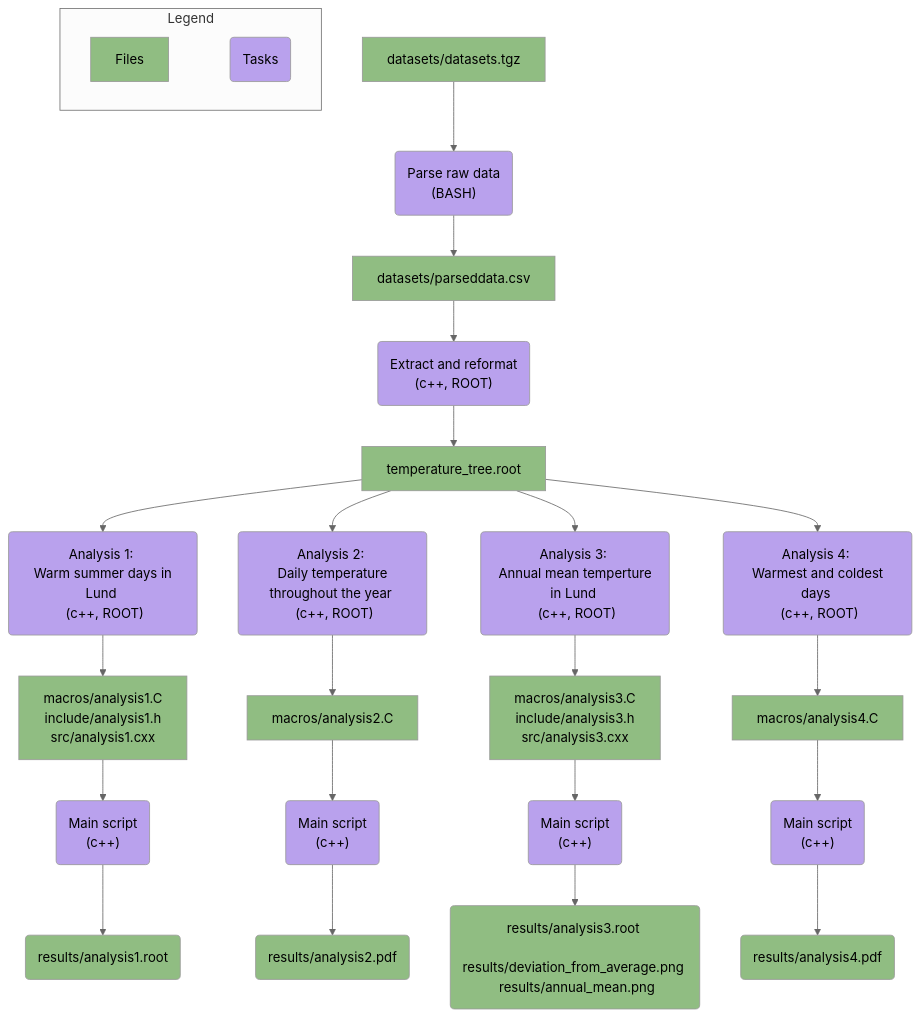
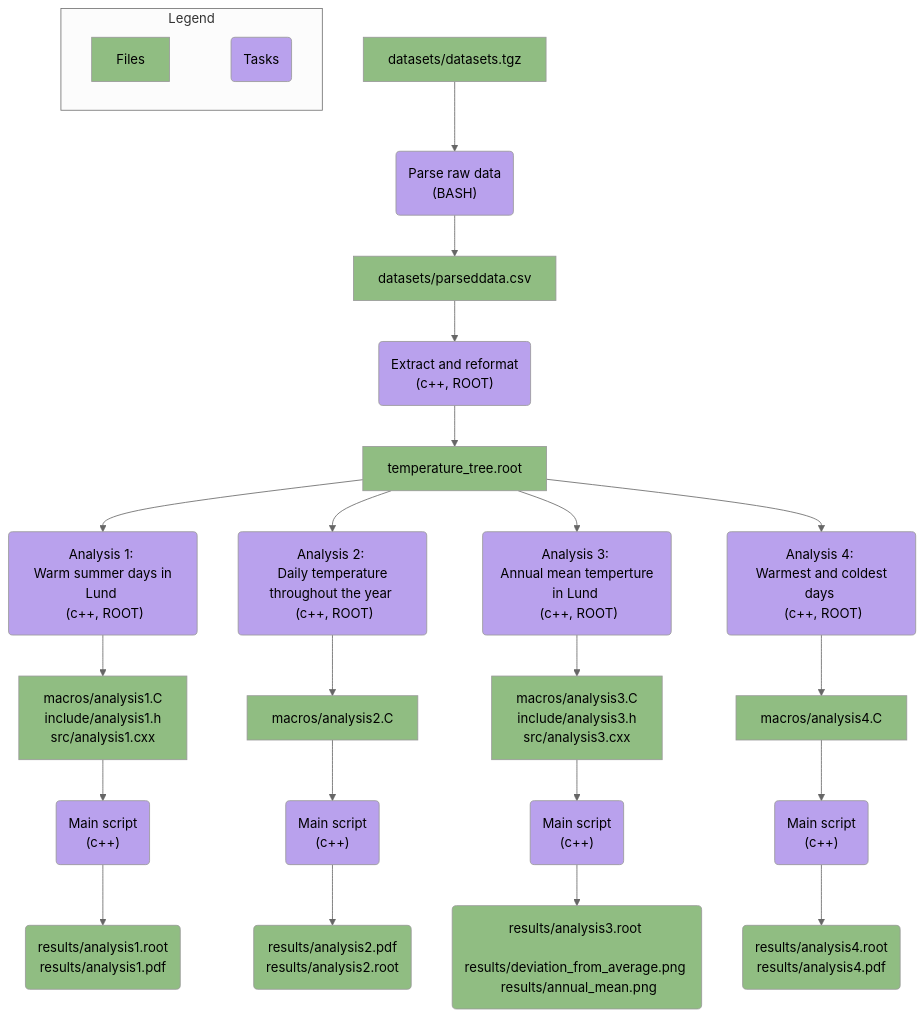
The diagram in Workplan.md (jo6312jo-s-byte/MNXB11-Project), drawn with Mermaid before and after one commit.

````diff
--- a/Workplan.md
+++ b/Workplan.md
@@ -9,49 +9,49 @@
 ```mermaid
 %%{init: { 'theme':'neutral', 'fontSize': '11px'} }%%
 flowchart TD
     %% This will be the same for all analyses
     A["datasets/datasets.tgz"] --> B("Parse raw data <br> (BASH)")
     B --> C["datasets/parseddata.csv"]
     C --> D("Extract and reformat <br> (c++, ROOT)")
     D --> E["temperature_tree.root"]
 
     %% The seperate analyses
     E --> G("Analysis 1: <br> Warm summer days in Lund <br> (c++, ROOT)")
     E --> H("Analysis 2: <br> Daily temperature throughout the year <br> (c++, ROOT)")
     E --> I("Analysis 3: <br> Annual mean temperture in Lund <br> (c++, ROOT)")
     E --> J("Analysis 4: <br> Warmest and coldest days <br> (c++, ROOT)")
 
     %% Analysis 1 workflow
     G --> G1["macros/analysis1.C <br> include/analysis1.h <br> src/analysis1.cxx"]
     G1 --> G2("Main script <br> (c++)")
-    G2 --> G3("results/analysis1.root")
+    G2 --> G3("results/analysis1.root <br> results/analysis1.pdf")
 
     %% Analysis 2 workflow
     H --> H1["macros/analysis2.C"]
     H1 --> H2("Main script <br> (c++)")
-    H2 --> H3("results/analysis2.pdf")
+    H2 --> H3("results/analysis2.pdf <br> results/analysis2.root")
 
     %% Analysis 3 workflow
     I --> I1["macros/analysis3.C <br> include/analysis3.h <br> src/analysis3.cxx"]
     I1 --> I2("Main script <br> (c++)")
     I2 --> I3("results/analysis3.root <br> results/deviation_from_average.png <br> results/annual_mean.png")
 
     %% Analysis 4 workflow
     J --> J1["macros/analysis4.C"]
     J1 --> J2("Main script <br> (c++)")
-    J2 --> J3("results/analysis4.pdf")
+    J2 --> J3("results/analysis4.root <br> results/analysis4.pdf")
 
     %% Legend 
     subgraph Legend ["Legend"]
         direction LR
         L1["Files"] ~~~ L2("Tasks")
     end
 
     %% Seperate Files and Tasks into different classes
     %% with different colors
     classDef Files fill:#90bd82;
     classDef Tasks fill:#b9a1ed;
 
     class L1,A,C,E,G1,G3,H1,H3,I1,I3,J1,J3 Files;
     class L2,B,D,G,H,I,J,F,F2,G2,H2,I2,J2 Tasks;
 ```
````
